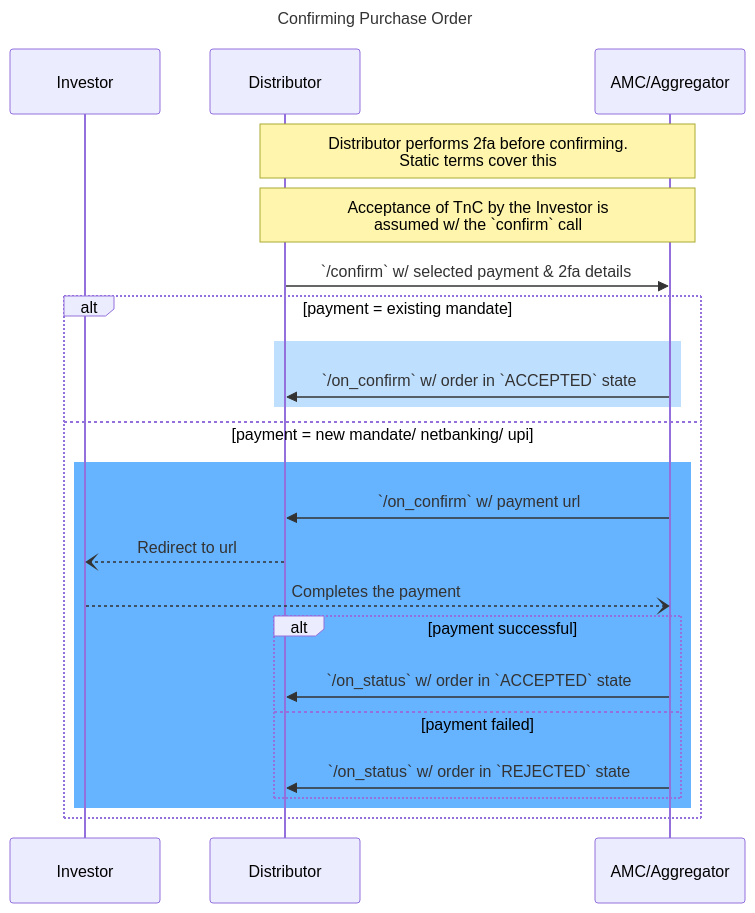
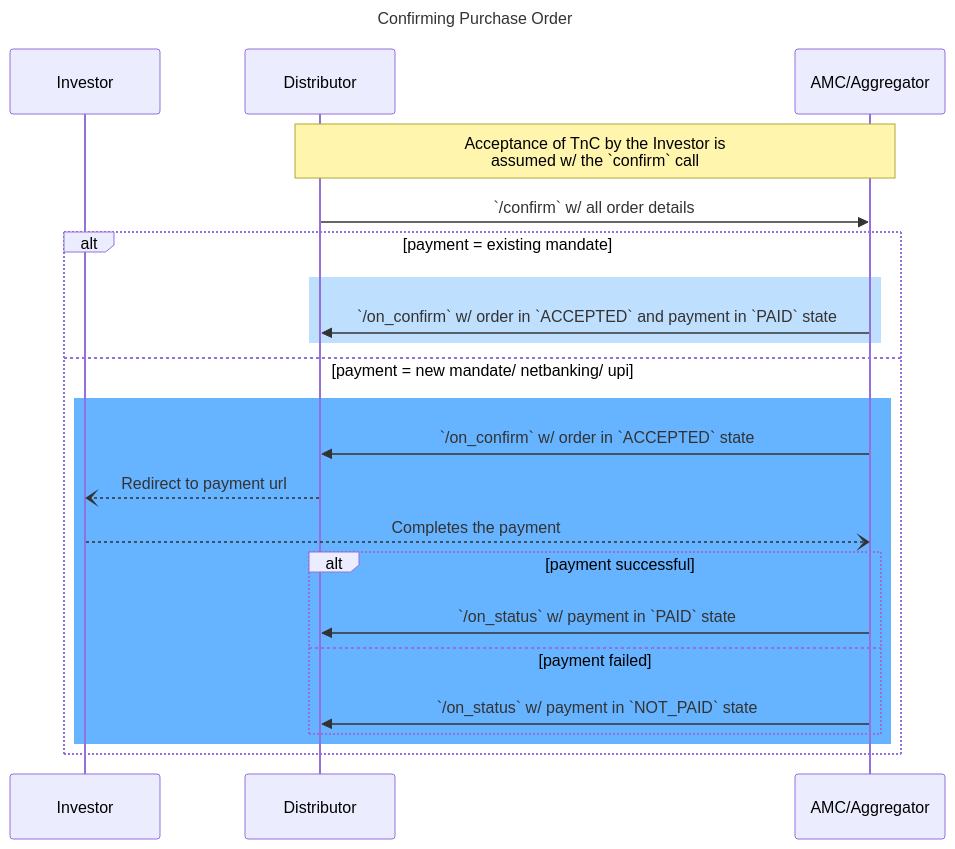
The fourth of 5 diagrams in api/components/docs/stage-order.md (ONDC-Official/ONDC-FIS-Specifications), drawn with Mermaid before and after one commit. The commit also changed other lines of this file and 31 other files, not shown here.

````diff
--- a/api/components/docs/stage-order.md
+++ b/api/components/docs/stage-order.md
@@ -110,28 +112,27 @@
 ```mermaid
 ---
 title: Confirming Purchase Order
 ---
 sequenceDiagram
     participant Investor
     participant bap AS Distributor
     participant bpp AS AMC/Aggregator
-    Note over bap, bpp: Distributor performs 2fa before confirming. <br /> Static terms cover this
     Note over bap, bpp: Acceptance of TnC by the Investor is <br /> assumed w/ the `confirm` call
-    bap ->> bpp: `/confirm` w/ selected payment & 2fa details
+    bap ->> bpp: `/confirm` w/ all order details
     alt payment = existing mandate
         rect rgb(191, 223, 255)
-            bpp ->> bap: `/on_confirm` w/ order in `ACCEPTED` state
+            bpp ->> bap: `/on_confirm` w/ order in `ACCEPTED` and payment in `PAID` state
         end
     else payment = new mandate/ netbanking/ upi
         rect rgb(102,179,255)
-            bpp ->> bap: `/on_confirm` w/ payment url
-            bap --) Investor: Redirect to url
+            bpp ->> bap: `/on_confirm` w/ order in `ACCEPTED` state
+            bap --) Investor: Redirect to payment url
             Investor --) bpp: Completes the payment
             alt payment successful
-                bpp ->> bap: `/on_status` w/ order in `ACCEPTED` state
+                bpp ->> bap: `/on_status` w/ payment in `PAID` state
             else payment failed
-                bpp ->> bap: `/on_status` w/ order in `REJECTED` state
+                bpp ->> bap: `/on_status` w/ payment in `NOT_PAID` state
             end
         end
     end
 ```
````
